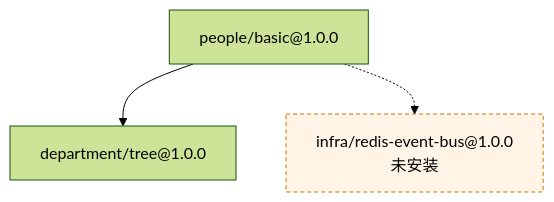
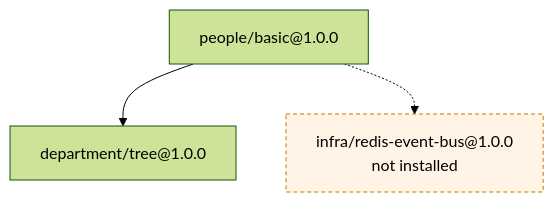
Before and after one commit to brickKit/brickKit: the first of 2 diagrams in docs/en/06-architecture/09-cli-reference.md, drawn with Mermaid (forest theme). The commit also changed other lines of this file and 28 other files, not shown here.

````diff
--- a/docs/en/06-architecture/09-cli-reference.md
+++ b/docs/en/06-architecture/09-cli-reference.md
@@ -196,10 +196,10 @@
 ```mermaid
 graph TD
     department_tree_1_0_0["department/tree@1.0.0"]
     people_basic_1_0_0["people/basic@1.0.0"]
-    infra_redis_event_bus_1_0_0["infra/redis-event-bus@1.0.0<br/>未安装"]
+    infra_redis_event_bus_1_0_0["infra/redis-event-bus@1.0.0<br/>not installed"]
     people_basic_1_0_0 --> department_tree_1_0_0
     people_basic_1_0_0 -.-> infra_redis_event_bus_1_0_0
     classDef missing fill:#fff4e5,stroke:#c77700,stroke-dasharray:4 3;
     class infra_redis_event_bus_1_0_0 missing
 ```
````
